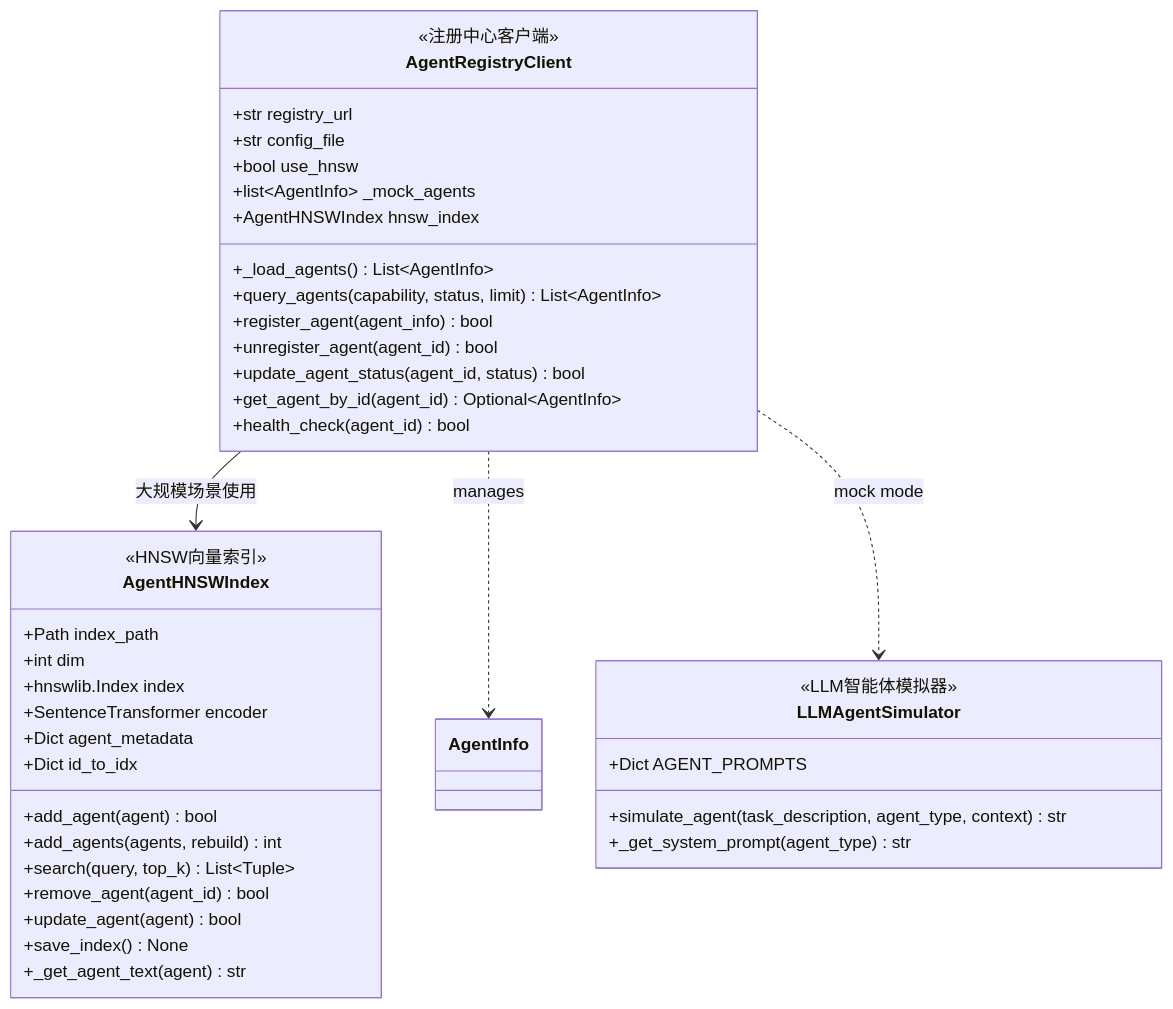
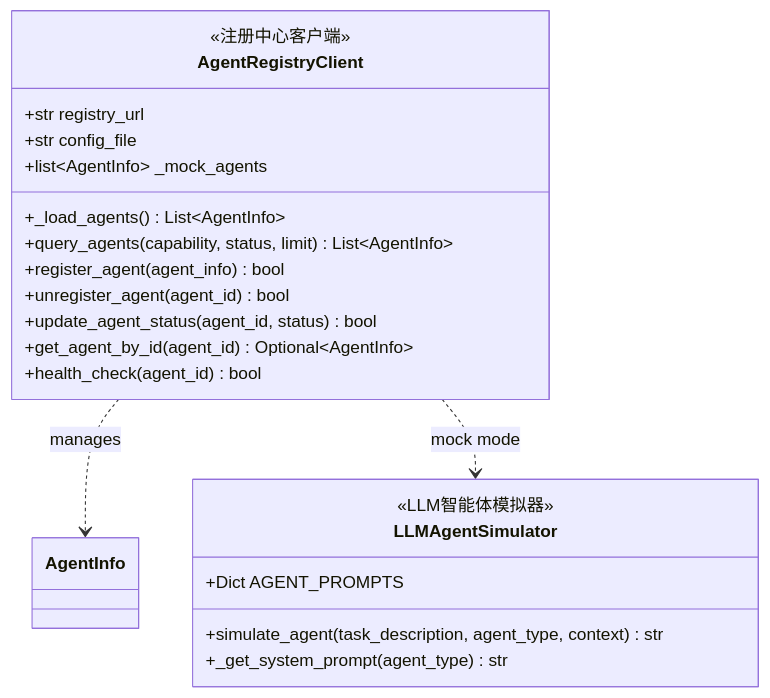
One commit to yezzze/Autonomous-Transportation-System changed the third of 11 diagrams in 接口/类图设计.md. Above: the diagram before and after it, drawn with Mermaid. The commit also changed other lines of this file and 39 other files, not shown here.

````diff
--- a/接口/类图设计.md
+++ b/接口/类图设计.md
@@ -194,46 +194,26 @@
 ```mermaid
 classDiagram
     class AgentRegistryClient {
         <<注册中心客户端>>
         +str registry_url
         +str config_file
-        +bool use_hnsw
         +list~AgentInfo~ _mock_agents
-        +AgentHNSWIndex hnsw_index
         +_load_agents() List~AgentInfo~
         +query_agents(capability, status, limit) List~AgentInfo~
         +register_agent(agent_info) bool
         +unregister_agent(agent_id) bool
         +update_agent_status(agent_id, status) bool
         +get_agent_by_id(agent_id) Optional~AgentInfo~
         +health_check(agent_id) bool
     }
     
-    class AgentHNSWIndex {
-        <<HNSW向量索引>>
-        +Path index_path
-        +int dim
-        +hnswlib.Index index
-        +SentenceTransformer encoder
-        +Dict agent_metadata
-        +Dict id_to_idx
-        +add_agent(agent) bool
-        +add_agents(agents, rebuild) int
-        +search(query, top_k) List~Tuple~
-        +remove_agent(agent_id) bool
-        +update_agent(agent) bool
-        +save_index() None
-        +_get_agent_text(agent) str
-    }
-    
     class LLMAgentSimulator {
         <<LLM智能体模拟器>>
         +Dict AGENT_PROMPTS
         +simulate_agent(task_description, agent_type, context) str
         +_get_system_prompt(agent_type) str
     }
     
-    AgentRegistryClient --> AgentHNSWIndex : 大规模场景使用
     AgentRegistryClient ..> AgentInfo : manages
     AgentRegistryClient ..> LLMAgentSimulator : mock mode
 ```
````
